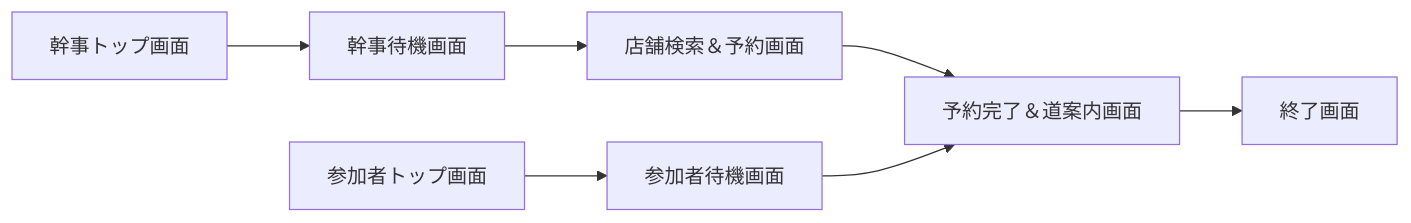
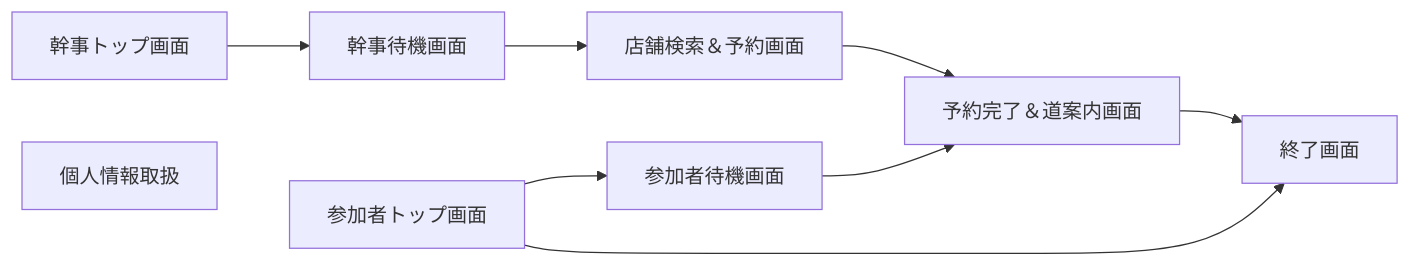
Before and after one commit to k-shorter/Practice_WebAppDev: the second of 3 diagrams in notes/サイトストラクチャ.md, drawn with Mermaid. The commit also changed other lines of this file and 1 other file, not shown here.

````diff
--- a/notes/サイトストラクチャ.md
+++ b/notes/サイトストラクチャ.md
@@ -3,21 +148,24 @@
 ```mermaid
 graph LR
     A[幹事トップ画面]
     B[幹事待機画面]
 
     C[店舗検索＆予約画面]
     D[予約完了＆道案内画面]
     E[終了画面]
 
     F[参加者トップ画面]
     G[参加者待機画面]
+
+    H[個人情報取扱]
     
     A --> B
     B --> C
     C --> D
     D --> E
 
     F --> G
     G --> D
+    F --> E
 
 ```
````
